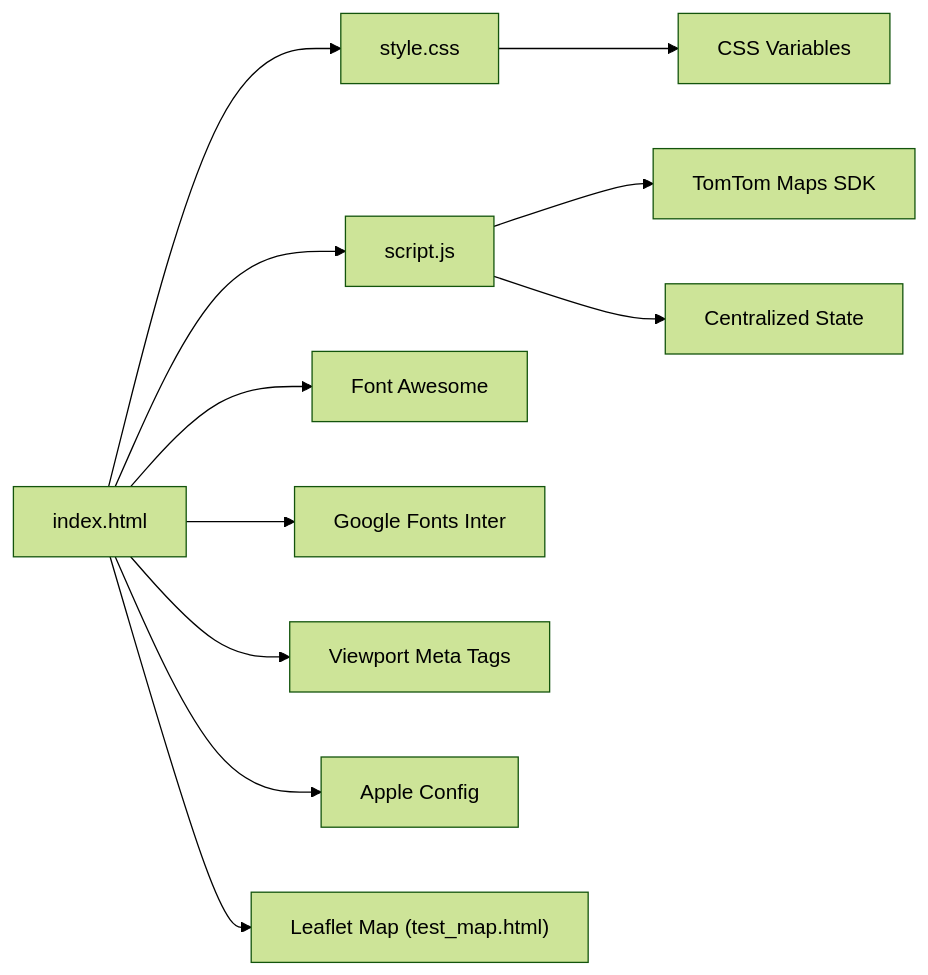
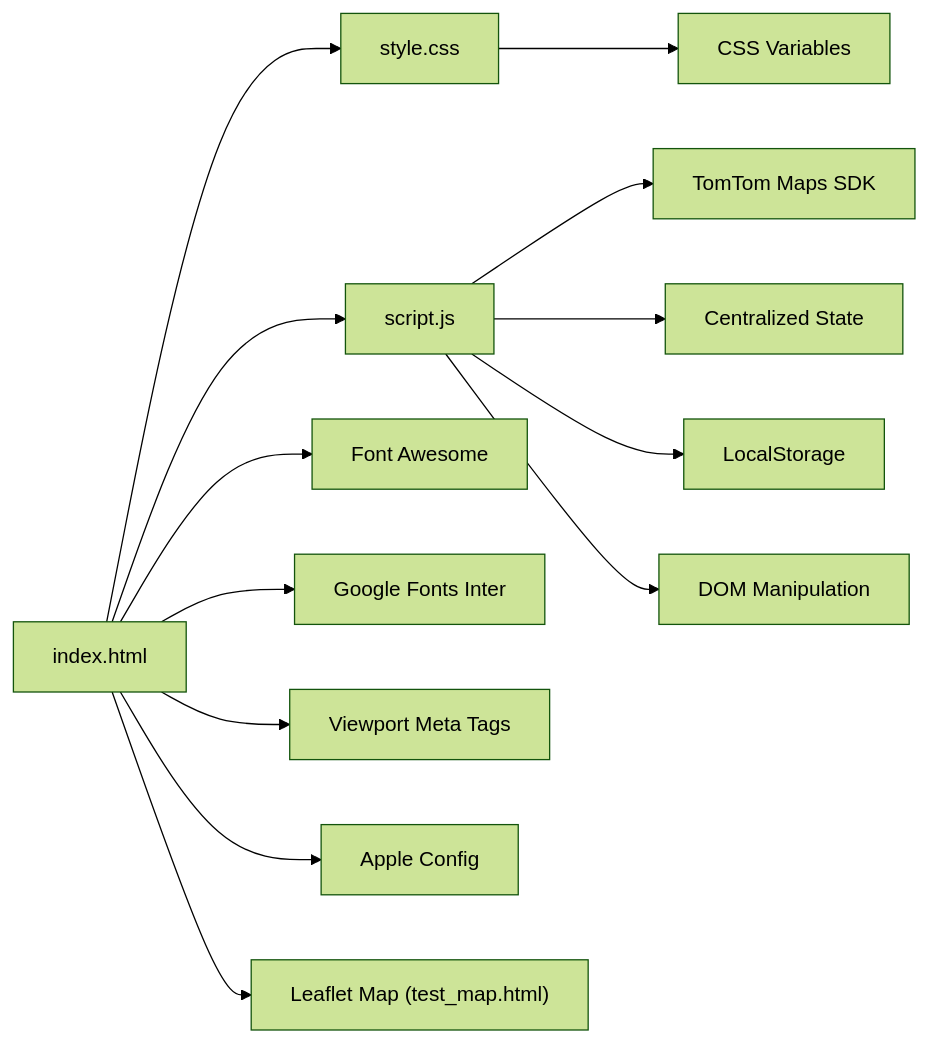
One commit to Rehanpatel3858/BusTrack-Pro changed the seventh of 7 diagrams in .qoder/repowiki/en/content/User Interface and Design System.md. Above: the diagram before and after it, drawn with Mermaid (forest theme). The commit also changed other lines of this file and 3 other files, not shown here.

````diff
--- a/.qoder/repowiki/en/content/User Interface and Design System.md
+++ b/.qoder/repowiki/en/content/User Interface and Design System.md
@@ -387,13 +403,15 @@
 ```mermaid
 graph LR
 HTML["index.html"] --> CSS["style.css"]
 HTML --> JS["script.js"]
 JS --> TT["TomTom Maps SDK"]
 HTML --> FA["Font Awesome"]
 HTML --> GF["Google Fonts Inter"]
 HTML --> VM["Viewport Meta Tags"]
 HTML --> AC["Apple Config"]
 HTML --> LM["Leaflet Map (test_map.html)"]
 CSS --> CV["CSS Variables"]
 JS --> CS["Centralized State"]
+JS --> LS["LocalStorage"]
+JS --> DOM["DOM Manipulation"]
 ```
````
